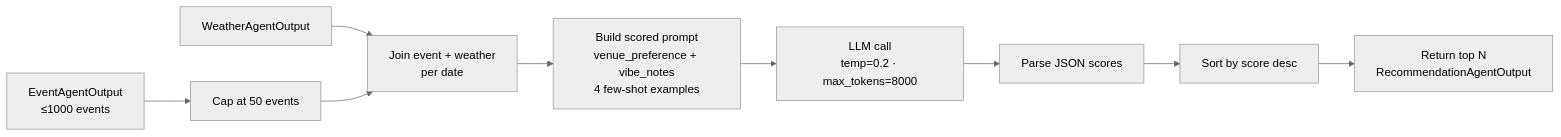
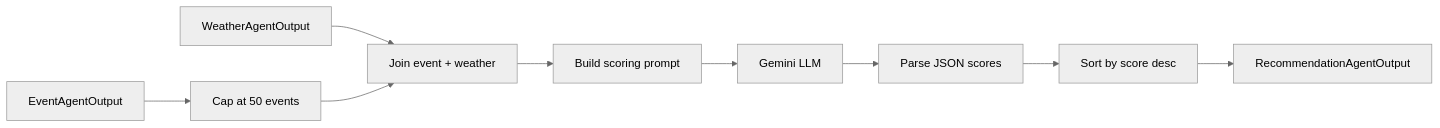
Before and after one commit to ritwiksharan/event-recommendor: the sixth of 9 diagrams in README.md, drawn with Mermaid (neutral theme). The commit also changed other lines of this file, not shown here.

First line of the commit message:
Fix mermaid diagrams: remove \n from labels, simplify sequence diagram

````diff
--- a/README.md
+++ b/README.md
@@ -401,11 +389,11 @@
 ```mermaid
 flowchart LR
-    events["EventAgentOutput\n≤1000 events"] --> cap[Cap at 50 events]
-    weather[WeatherAgentOutput] --> join["Join event + weather\nper date"]
+    events[EventAgentOutput] --> cap[Cap at 50 events]
+    weather[WeatherAgentOutput] --> join[Join event + weather]
     cap --> join
-    join --> prompt["Build scored prompt\nvenue_preference + vibe_notes\n4 few-shot examples"]
-    prompt --> llm["LLM call\ntemp=0.2 · max_tokens=8000"]
+    join --> prompt[Build scoring prompt]
+    prompt --> llm[Gemini LLM]
     llm --> parse[Parse JSON scores]
     parse --> sort[Sort by score desc]
-    sort --> topn["Return top N\nRecommendationAgentOutput"]
+    sort --> topn[RecommendationAgentOutput]
 ```
````
